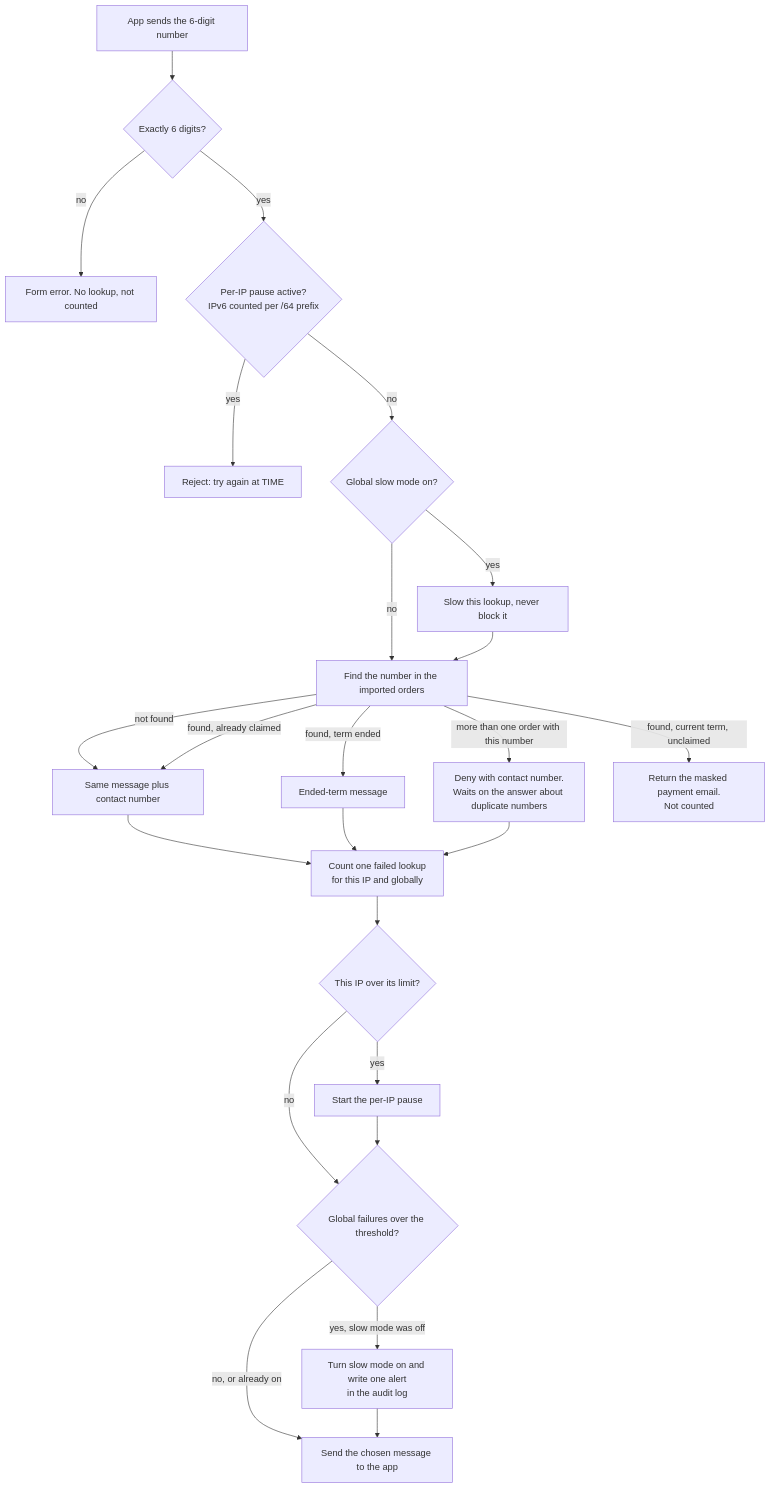
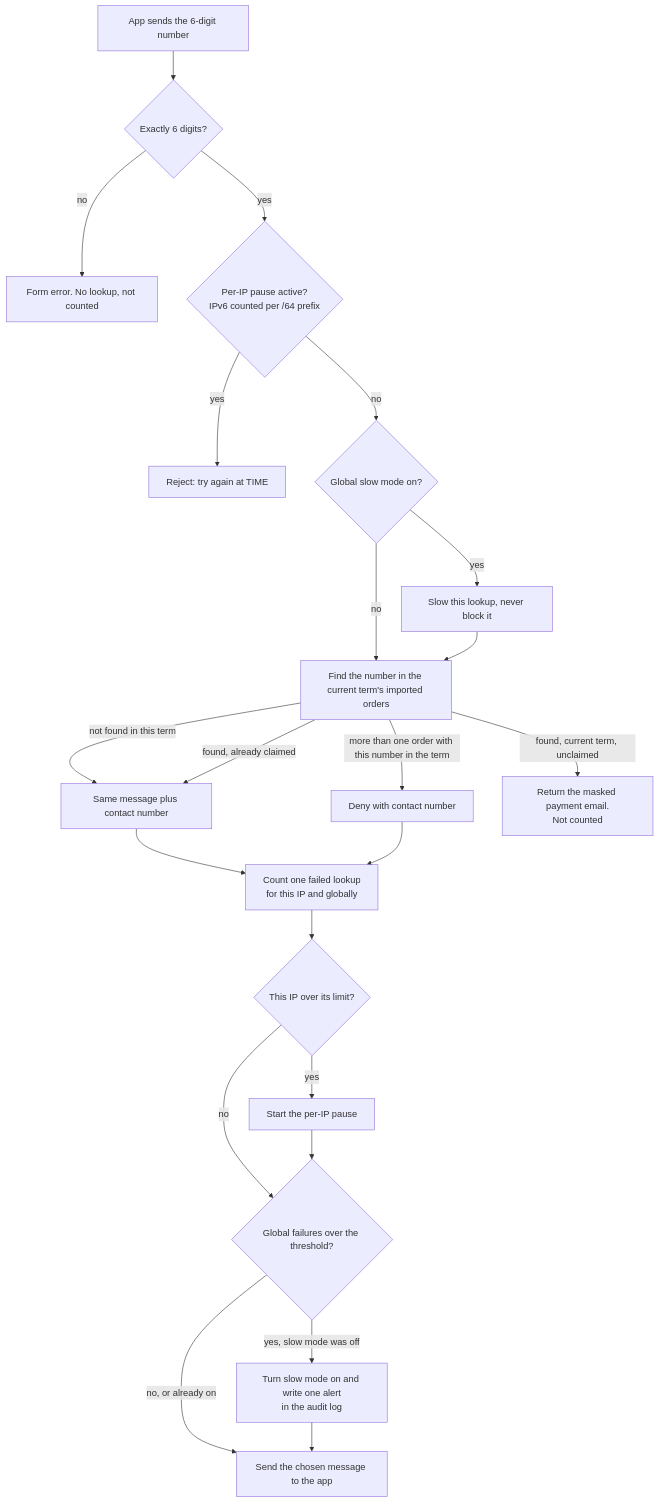
One commit to Th3-Minorities/natatorio-gym-app changed the second of 9 diagrams in docs/design/registration-flows.md. Above: the diagram before and after it, drawn with Mermaid. The commit also changed other lines of this file, not shown here.

Commit message:
Apply the design review decisions to the registration flows

````diff
--- a/docs/design/registration-flows.md
+++ b/docs/design/registration-flows.md
@@ -49,26 +51,24 @@
 ```mermaid
 flowchart TD
   IN["App sends the 6-digit number"] --> FMT{"Exactly 6 digits?"}
   FMT -->|"no"| X0["Form error. No lookup, not counted"]
   FMT -->|"yes"| IPP{"Per-IP pause active?<br/>IPv6 counted per /64 prefix"}
   IPP -->|"yes"| X1["Reject: try again at TIME"]
   IPP -->|"no"| SLOW{"Global slow mode on?"}
   SLOW -->|"yes"| WAIT["Slow this lookup, never block it"]
   SLOW -->|"no"| Q
-  WAIT --> Q["Find the number in the imported orders"]
-  Q -->|"not found"| FAIL["Same message plus contact number"]
+  WAIT --> Q["Find the number in the current term's imported orders"]
+  Q -->|"not found in this term"| FAIL["Same message plus contact number"]
   Q -->|"found, already claimed"| FAIL
-  Q -->|"more than one order with this number"| DUP["Deny with contact number.<br/>Waits on the answer about duplicate numbers"]
-  Q -->|"found, term ended"| ENDED["Ended-term message"]
+  Q -->|"more than one order with this number in the term"| DUP["Deny with contact number"]
   Q -->|"found, current term, unclaimed"| GOOD["Return the masked payment email.<br/>Not counted"]
   FAIL --> CNT["Count one failed lookup<br/>for this IP and globally"]
-  ENDED --> CNT
   DUP --> CNT
   CNT --> T1{"This IP over its limit?"}
   T1 -->|"yes"| P1["Start the per-IP pause"]
   T1 -->|"no"| T2
   P1 --> T2{"Global failures over the threshold?"}
   T2 -->|"yes, slow mode was off"| P2["Turn slow mode on and write one alert<br/>in the audit log"]
   T2 -->|"no, or already on"| RESP["Send the chosen message to the app"]
   P2 --> RESP
 ```
````
